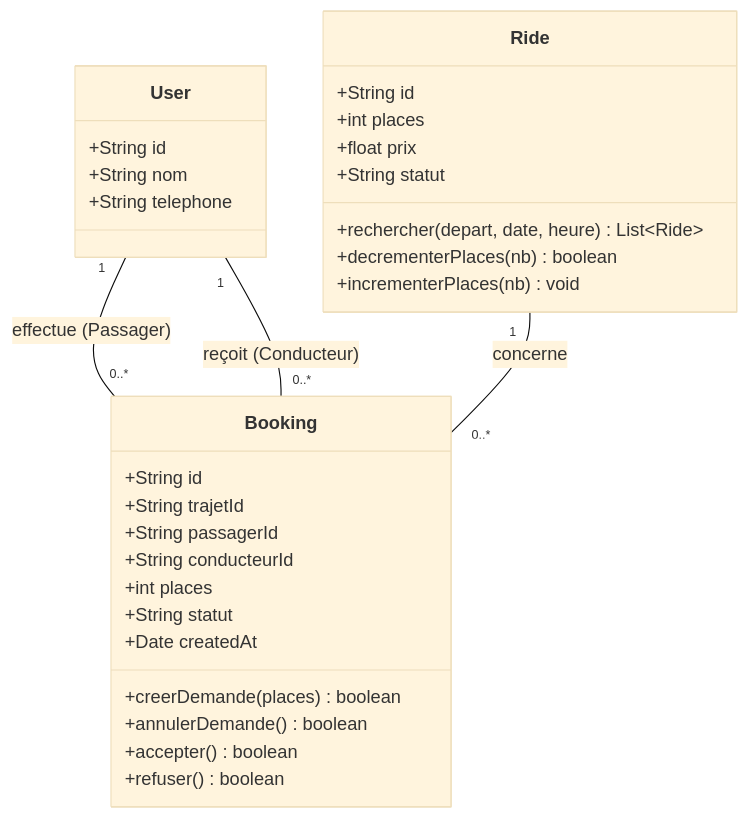
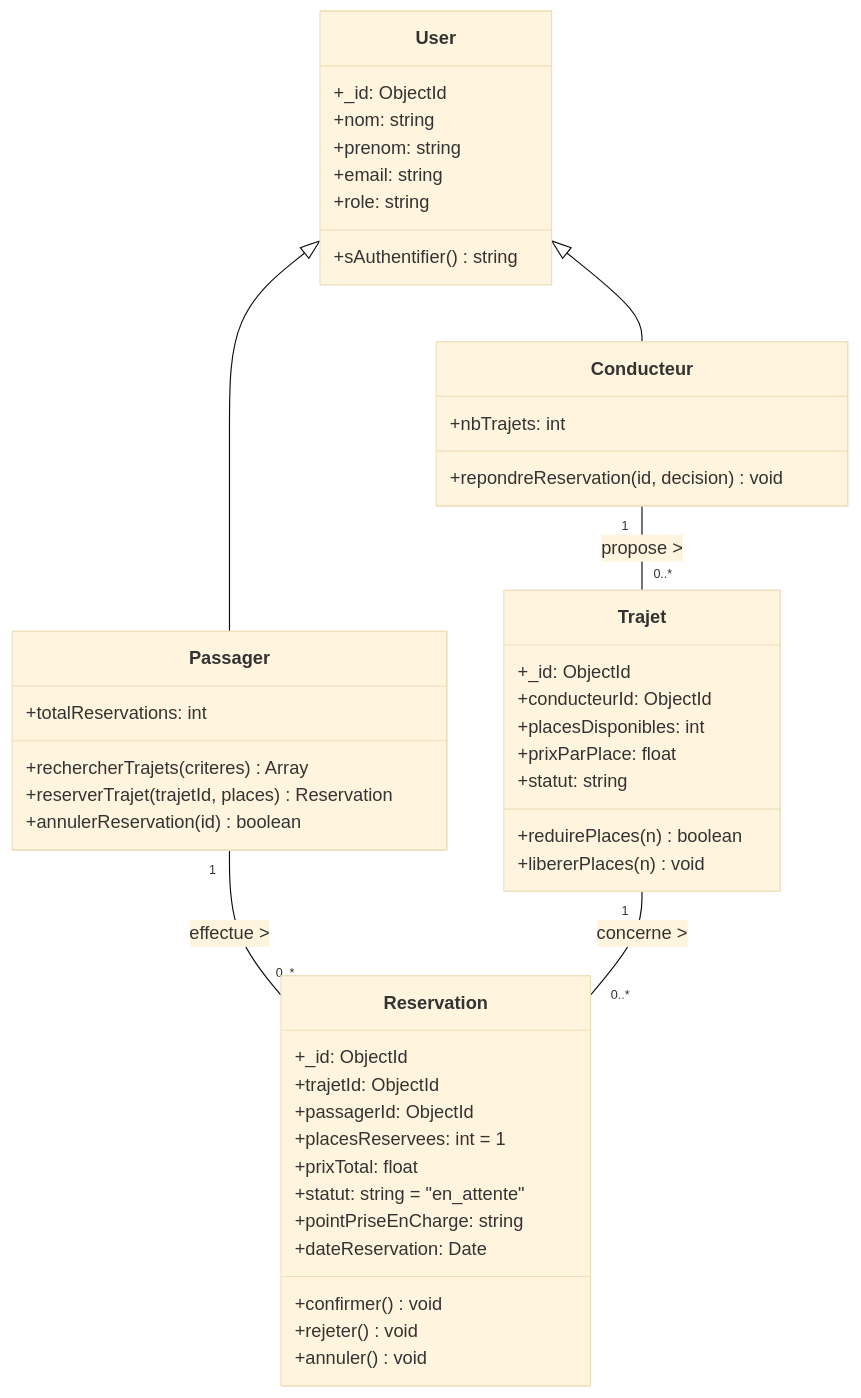
One commit to Hajer1406/UniRide changed the sixth of 14 diagrams in DIAGRAMMES_UML.md. Above: the diagram before and after it, drawn with Mermaid (base theme). The commit also changed other lines of this file and 30 other files, not shown here.

Commit message:
docs: add downloadable UML Use Case and Class diagram images (PNG/SVG) with include auth

````diff
--- a/DIAGRAMMES_UML.md
+++ b/DIAGRAMMES_UML.md
@@ -268,36 +333,53 @@
 ```mermaid
 classDiagram
-    class Ride {
-        +String id
-        +int places
-        +float prix
-        +String statut
-        +rechercher(depart, date, heure) List~Ride~
-        +decrementerPlaces(nb) boolean
-        +incrementerPlaces(nb) void
+    class User {
+        +_id: ObjectId
+        +nom: string
+        +prenom: string
+        +email: string
+        +role: string
+        +sAuthentifier() string
     }
 
-    class Booking {
-        +String id
-        +String trajetId
-        +String passagerId
-        +String conducteurId
-        +int places
-        +String statut
-        +Date createdAt
-        +creerDemande(places) boolean
-        +annulerDemande() boolean
-        +accepter() boolean
-        +refuser() boolean
+    class Passager {
+        +totalReservations: int
+        +rechercherTrajets(criteres) Array
+        +reserverTrajet(trajetId, places) Reservation
+        +annulerReservation(id) boolean
     }
 
-    class User {
-        +String id
-        +String nom
-        +String telephone
+    class Conducteur {
+        +nbTrajets: int
+        +repondreReservation(id, decision) void
     }
 
-    User "1" -- "0..*" Booking : effectue (Passager)
-    User "1" -- "0..*" Booking : reçoit (Conducteur)
-    Ride "1" -- "0..*" Booking : concerne
+    class Reservation {
+        +_id: ObjectId
+        +trajetId: ObjectId
+        +passagerId: ObjectId
+        +placesReservees: int = 1
+        +prixTotal: float
+        +statut: string = "en_attente"
+        +pointPriseEnCharge: string
+        +dateReservation: Date
+        +confirmer() void
+        +rejeter() void
+        +annuler() void
+    }
+
+    class Trajet {
+        +_id: ObjectId
+        +conducteurId: ObjectId
+        +placesDisponibles: int
+        +prixParPlace: float
+        +statut: string
+        +reduirePlaces(n) boolean
+        +libererPlaces(n) void
+    }
+
+    User <|-- Passager
+    User <|-- Conducteur
+    Passager "1" -- "0..*" Reservation : effectue >
+    Trajet "1" -- "0..*" Reservation : concerne >
+    Conducteur "1" -- "0..*" Trajet : propose >
 ```
````
